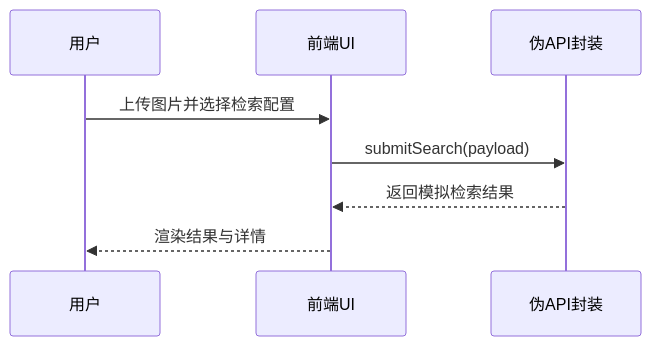
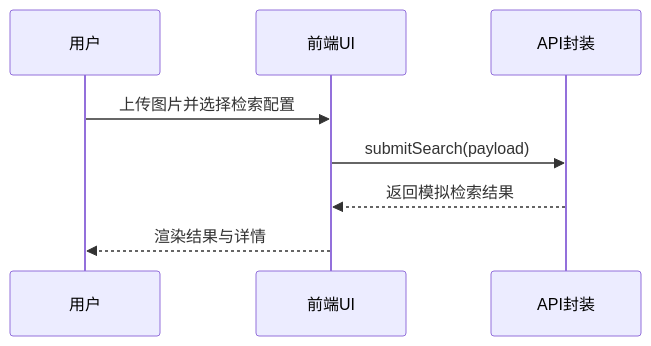
Before and after one commit to HUAHUAI23/yadang: the second of 2 diagrams in helloagents/wiki/arch.md, drawn with Mermaid. The commit also changed other lines of this file and 32 other files, not shown here.

````diff
--- a/helloagents/wiki/arch.md
+++ b/helloagents/wiki/arch.md
@@ -25,10 +28,10 @@
 ```mermaid
 sequenceDiagram
     participant U as 用户
     participant UI as 前端UI
-    participant API as 伪API封装
+    participant API as API封装
     U->>UI: 上传图片并选择检索配置
     UI->>API: submitSearch(payload)
     API-->>UI: 返回模拟检索结果
     UI-->>U: 渲染结果与详情
 ```
````
